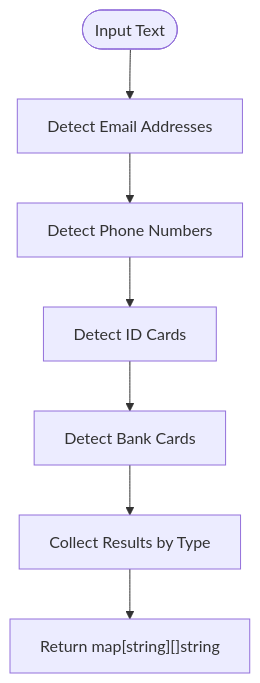
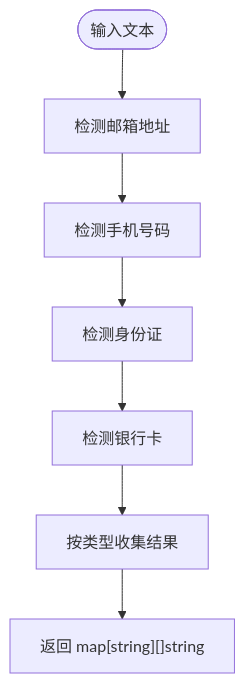
One commit to 26huitailang/kratos-boilerplate changed the second of 5 diagrams in .qoder/repowiki/zh/content/Backend Services/Sensitive Data Handling.md. Above: the diagram before and after it, drawn with Mermaid. The commit also changed other lines of this file and 31 other files, not shown here.

````diff
--- a/.qoder/repowiki/zh/content/Backend Services/Sensitive Data Handling.md
+++ b/.qoder/repowiki/zh/content/Backend Services/Sensitive Data Handling.md
@@ -90,9 +100,9 @@
 ```mermaid
 flowchart TD
-Start([Input Text]) --> DetectEmail["Detect Email Addresses"]
-DetectEmail --> DetectPhone["Detect Phone Numbers"]
-DetectPhone --> DetectIDCard["Detect ID Cards"]
-DetectIDCard --> DetectBankCard["Detect Bank Cards"]
-DetectBankCard --> CollectResults["Collect Results by Type"]
-CollectResults --> ReturnMap["Return map[string][]string"]
+Start([输入文本]) --> DetectEmail["检测邮箱地址"]
+DetectEmail --> DetectPhone["检测手机号码"]
+DetectPhone --> DetectIDCard["检测身份证"]
+DetectIDCard --> DetectBankCard["检测银行卡"]
+DetectBankCard --> CollectResults["按类型收集结果"]
+CollectResults --> ReturnMap["返回 map[string][]string"]
 ```
````
